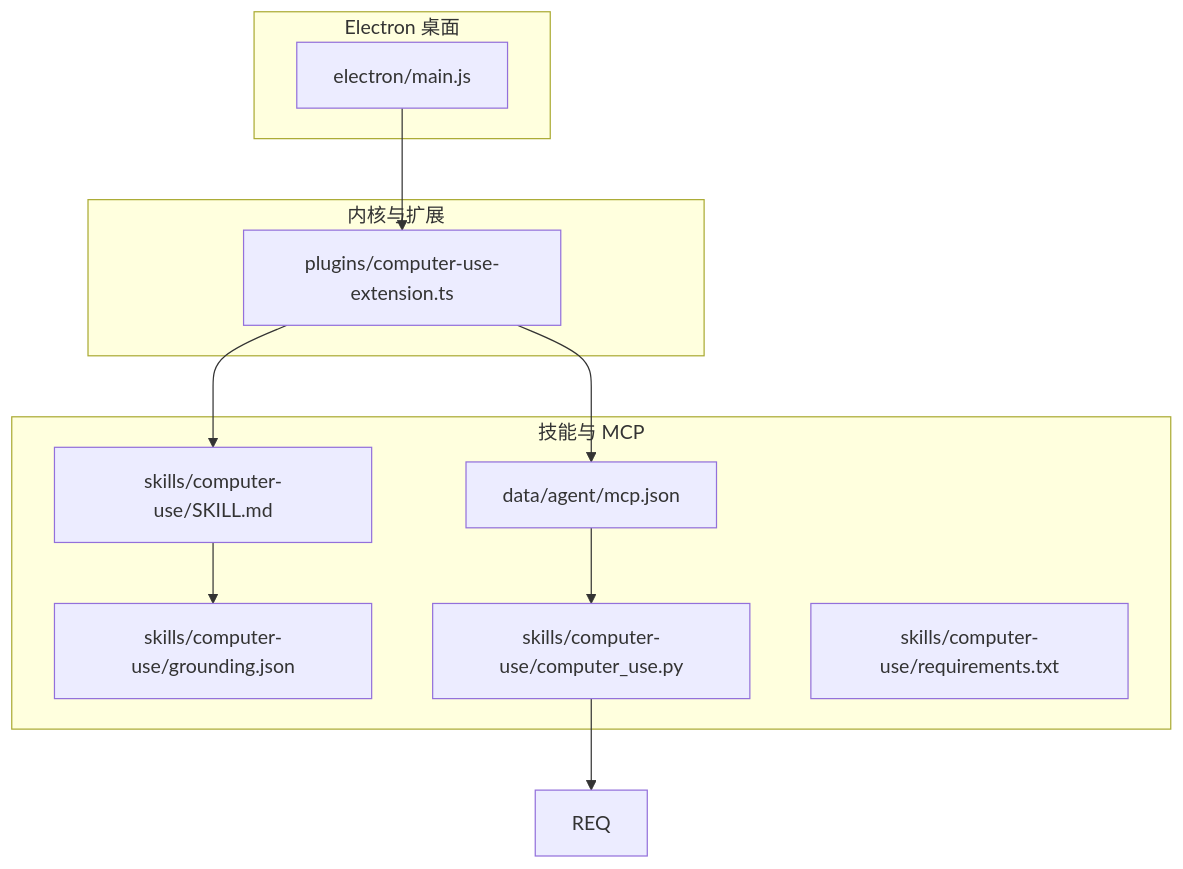
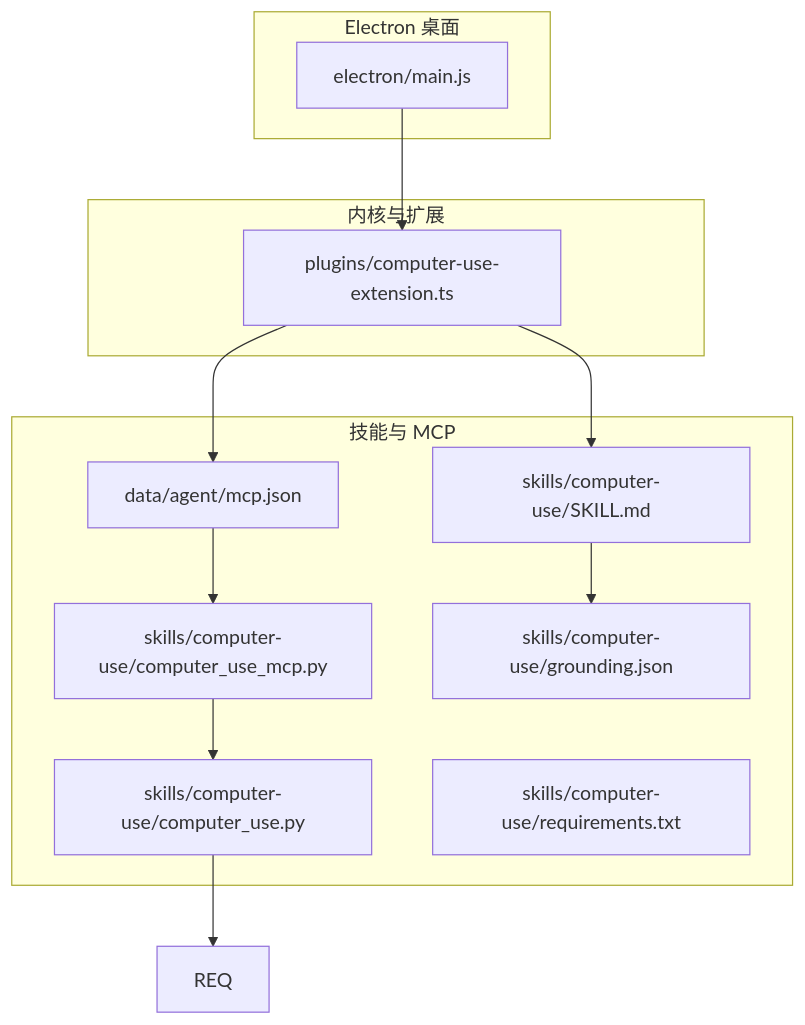
Before and after one commit to swond-Mao/Tiffa: the first of 4 diagrams in .qoder/repowiki/zh/content/技能系统/计算机使用技能/计算机使用技能.md, drawn with Mermaid. The commit also changed other lines of this file and 22 other files, not shown here.

````diff
--- a/.qoder/repowiki/zh/content/技能系统/计算机使用技能/计算机使用技能.md
+++ b/.qoder/repowiki/zh/content/技能系统/计算机使用技能/计算机使用技能.md
@@ -56,22 +60,24 @@
 ```mermaid
 graph TB
 subgraph "Electron 桌面"
 EM["electron/main.js"]
 end
 subgraph "内核与扩展"
 EXT["plugins/computer-use-extension.ts"]
 end
 subgraph "技能与 MCP"
 SK["skills/computer-use/SKILL.md"]
 MCPJSON["data/agent/mcp.json"]
+MCPSRV["skills/computer-use/computer_use_mcp.py"]
 GROUNDING["skills/computer-use/grounding.json"]
 PYRUN["skills/computer-use/computer_use.py"]
 REQS["skills/computer-use/requirements.txt"]
 end
 EM --> EXT
 EXT --> SK
 EXT --> MCPJSON
 SK --> GROUNDING
-MCPJSON --> PYRUN
+MCPJSON --> MCPSRV
+MCPSRV --> PYRUN
 PYRUN --> REQ
 ```
````
